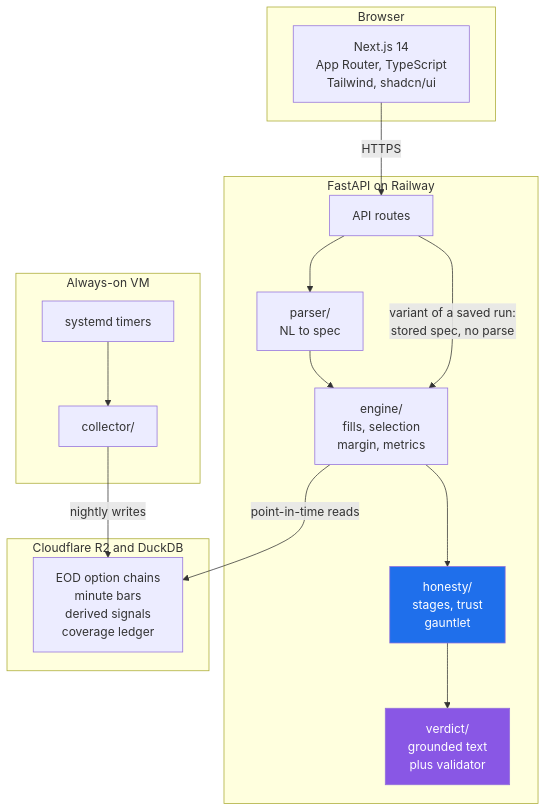
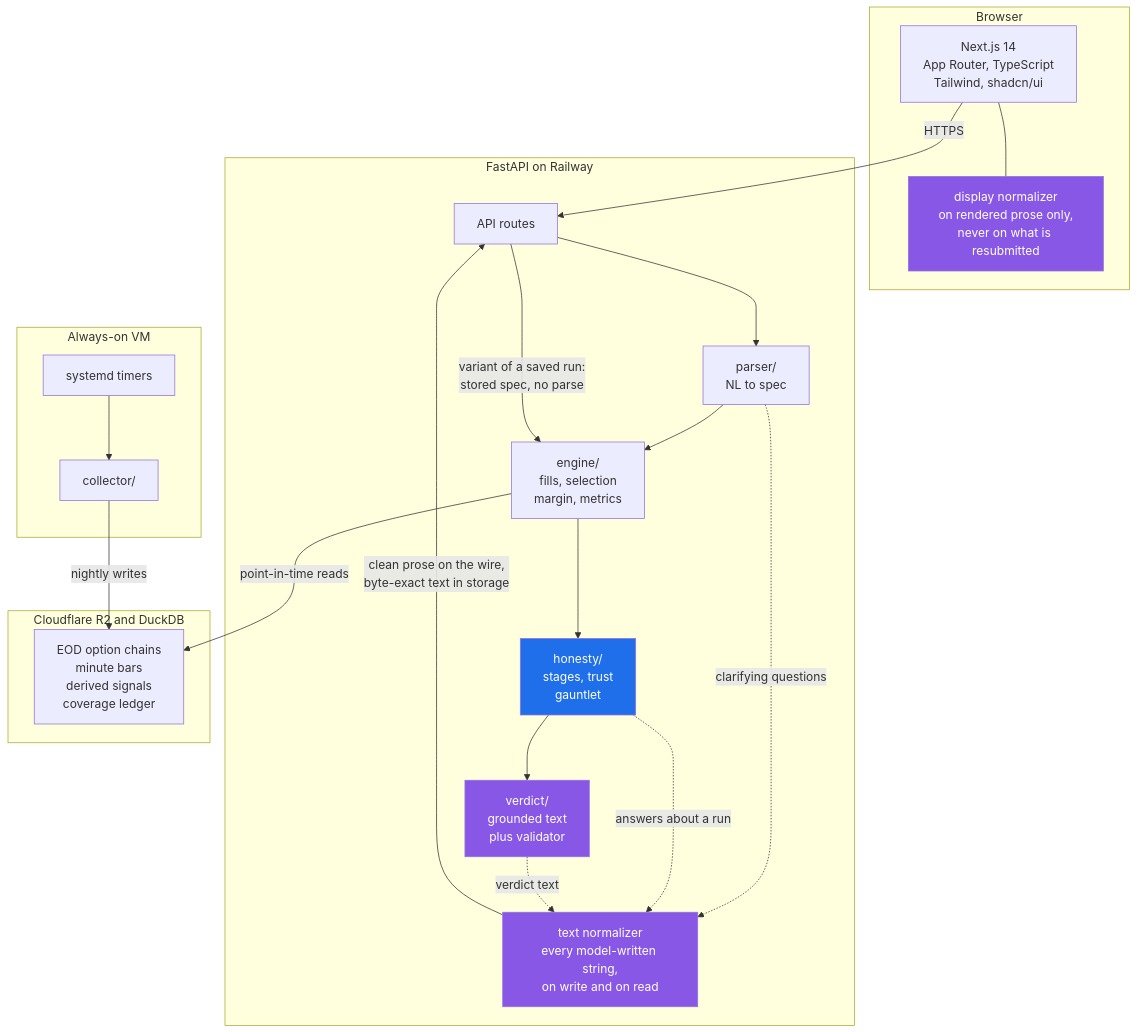
The third of 5 diagrams in README.md (sahilsapra391/skeptic), drawn with Mermaid before and after one commit. The commit also changed other lines of this file and 347 other files, not shown here.

````diff
--- a/README.md
+++ b/README.md
@@ -140,36 +143,45 @@
 ```mermaid
 flowchart TB
     subgraph browser["Browser"]
         FE["Next.js 14<br/>App Router, TypeScript<br/>Tailwind, shadcn/ui"]
+        FNORM["display normalizer<br/>on rendered prose only,<br/>never on what is resubmitted"]
+        FE --- FNORM
     end
 
     subgraph railway["FastAPI on Railway"]
         API["API routes"]
         PARSE["parser/<br/>NL to spec"]
         ENG["engine/<br/>fills, selection<br/>margin, metrics"]
         HON["honesty/<br/>stages, trust<br/>gauntlet"]
         VER["verdict/<br/>grounded text<br/>plus validator"]
+        NORM["text normalizer<br/>every model-written string,<br/>on write and on read"]
     end
 
     subgraph store["Cloudflare R2 and DuckDB"]
         LAKE["EOD option chains<br/>minute bars<br/>derived signals<br/>coverage ledger"]
     end
 
     subgraph vm["Always-on VM"]
         TIMERS["systemd timers"]
         COLL["collector/"]
     end
 
     FE -->|"HTTPS"| API
     API --> PARSE
     PARSE --> ENG
     API -->|"variant of a saved run:<br/>stored spec, no parse"| ENG
     ENG --> HON
     HON --> VER
     ENG -->|"point-in-time reads"| LAKE
     TIMERS --> COLL
     COLL -->|"nightly writes"| LAKE
+    PARSE -.->|"clarifying questions"| NORM
+    HON -.->|"answers about a run"| NORM
+    VER -.->|"verdict text"| NORM
+    NORM -->|"clean prose on the wire,<br/>byte-exact text in storage"| API
 
     style HON fill:#1f6feb,color:#fff
     style VER fill:#8957e5,color:#fff
+    style NORM fill:#8957e5,color:#fff
+    style FNORM fill:#8957e5,color:#fff
 ```
````
